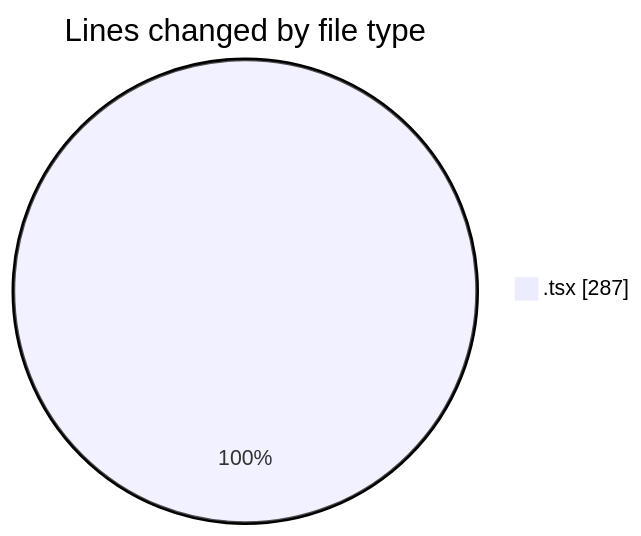
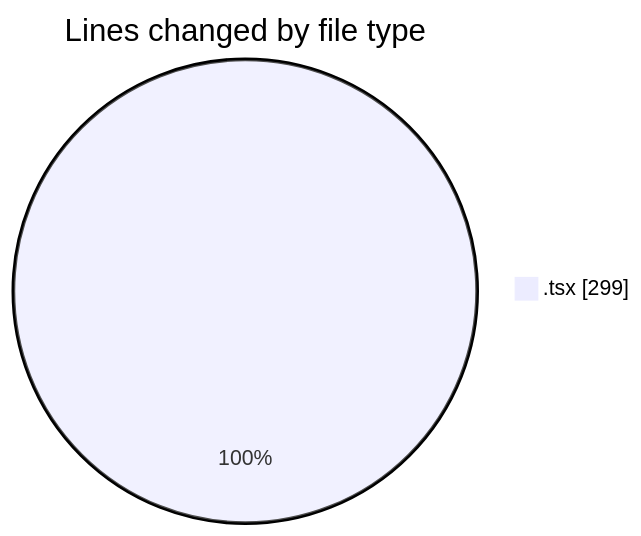
One commit to momahboobian/code-tracking changed the first of 2 diagrams in 2025-01-20/activity-tracker/README.md. Above: the diagram before and after it, drawn with Mermaid. The commit also changed other lines of this file and 1 other file, not shown here.

````diff
--- a/2025-01-20/activity-tracker/README.md
+++ b/2025-01-20/activity-tracker/README.md
@@ -23,5 +23,5 @@
 ```mermaid
 pie showData
 title Lines changed by file type
-".tsx" : 287
+".tsx" : 299
 ```
````
